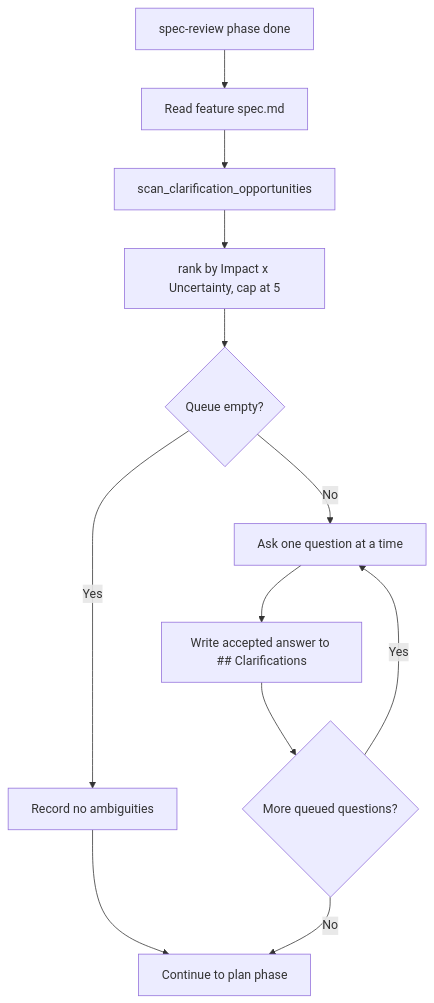
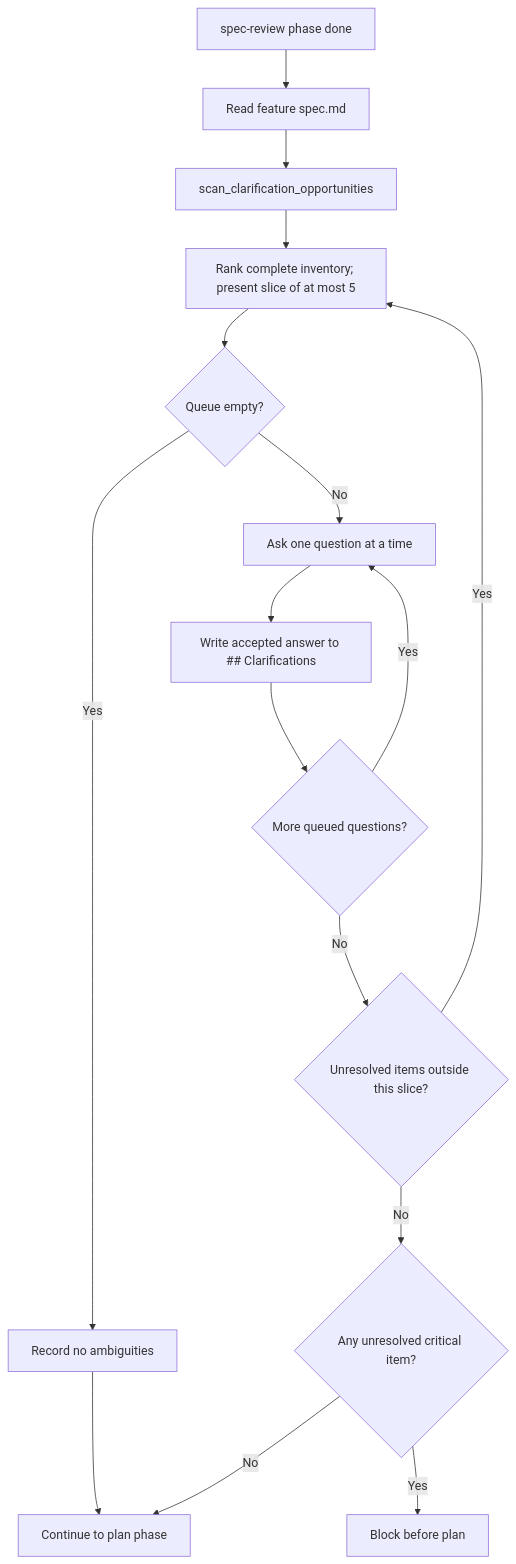
One commit to julien-m/livespec changed the first of 4 diagrams in .specs/features/069-clarify-gate/spec.md. Above: the diagram before and after it, drawn with Mermaid. The commit also changed other lines of this file and 299 other files, not shown here.

````diff
--- a/.specs/features/069-clarify-gate/spec.md
+++ b/.specs/features/069-clarify-gate/spec.md
@@ -58,14 +63,18 @@
 ```mermaid
 flowchart TD
     A[spec-review phase done] --> B[Read feature spec.md]
     B --> C[scan_clarification_opportunities]
-    C --> D[rank by Impact x Uncertainty, cap at 5]
+    C --> D[Rank complete inventory; present slice of at most 5]
     D --> E{Queue empty?}
     E -- Yes --> F[Record no ambiguities]
     F --> G[Continue to plan phase]
     E -- No --> H[Ask one question at a time]
     H --> I[Write accepted answer to ## Clarifications]
     I --> J{More queued questions?}
     J -- Yes --> H
-    J -- No --> G
+    J -- No --> K{Unresolved items outside this slice?}
+    K -- Yes --> D
+    K -- No --> L{Any unresolved critical item?}
+    L -- Yes --> M[Block before plan]
+    L -- No --> G
 ```
````
